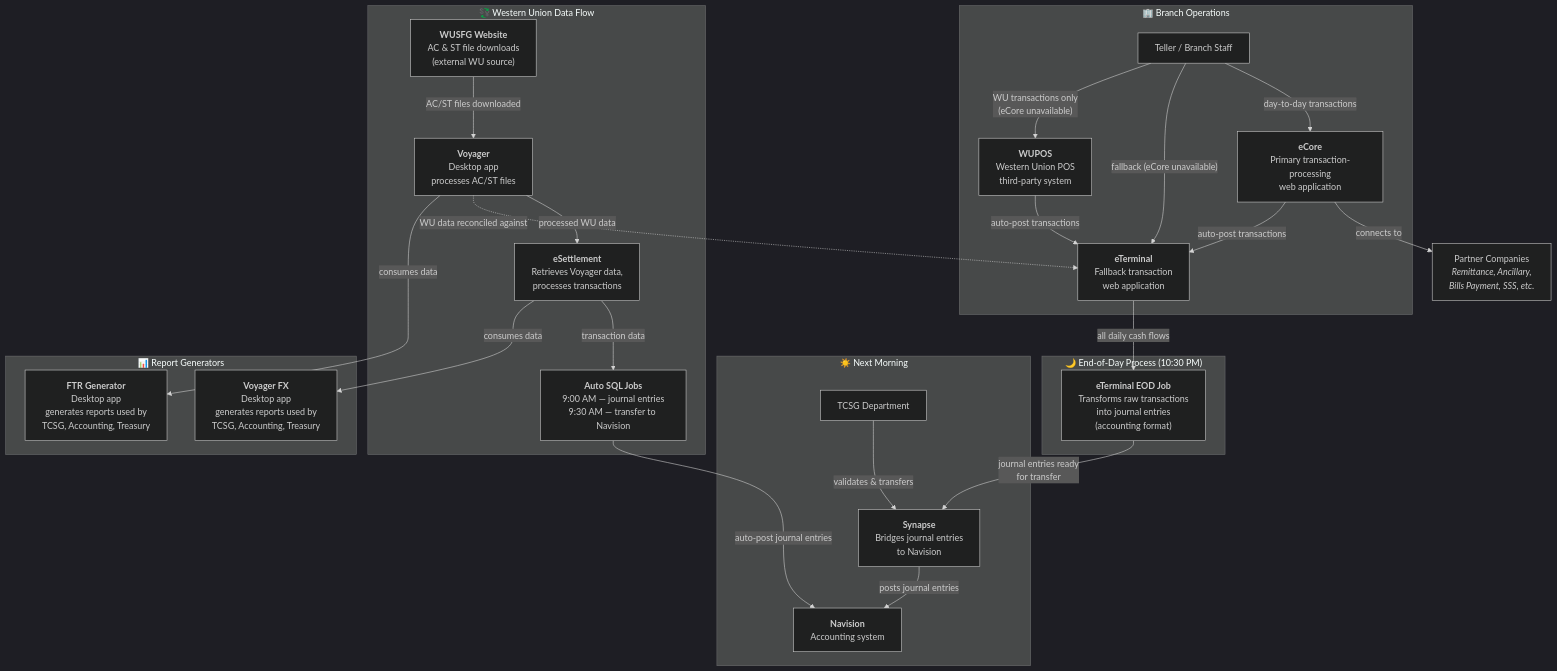
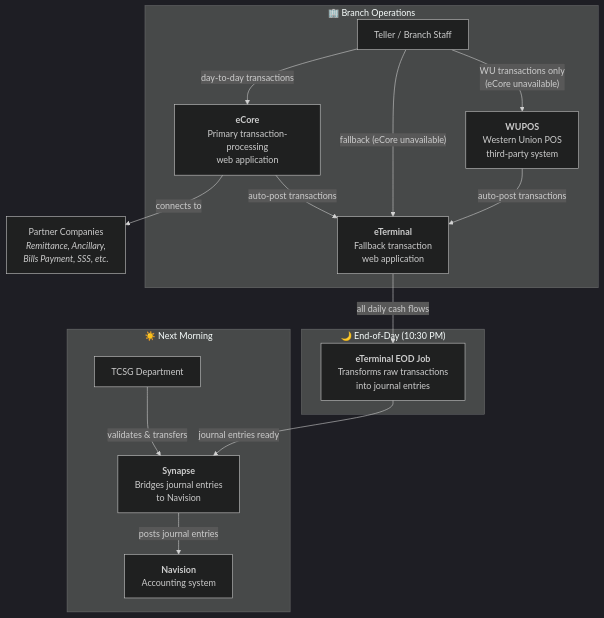
The first of 2 diagrams in docs/handovers/lowie-dave-dichoson/system-architecture.md (lowiedichoson/handover-haven), drawn with Mermaid (dark theme) before and after one commit. The commit also changed other lines of this file and 4 other files, not shown here.

````diff
--- a/docs/handovers/lowie-dave-dichoson/system-architecture.md
+++ b/docs/handovers/lowie-dave-dichoson/system-architecture.md
@@ -7,57 +11,35 @@
 ```mermaid
 graph TD
     subgraph Branch["🏢 Branch Operations"]
         Teller["Teller / Branch Staff"]
         eCore["<b>eCore</b><br/>Primary transaction-processing<br/>web application"]
         eTerminal["<b>eTerminal</b><br/>Fallback transaction<br/>web application"]
         WUPOS["<b>WUPOS</b><br/>Western Union POS<br/>third-party system"]
     end
 
     Partner["Partner Companies<br/><i>Remittance, Ancillary,<br/>Bills Payment, SSS, etc.</i>"]
 
     Teller -->|"day-to-day transactions"| eCore
     Teller -->|"fallback (eCore unavailable)"| eTerminal
     Teller -->|"WU transactions only<br/>(eCore unavailable)"| WUPOS
 
     eCore -->|"connects to"| Partner
     eCore -->|"auto-post transactions"| eTerminal
     WUPOS -->|"auto-post transactions"| eTerminal
 
-    subgraph EOD["🌙 End-of-Day Process (10:30 PM)"]
-        eTerminalEOD["<b>eTerminal EOD Job</b><br/>Transforms raw transactions<br/>into journal entries<br/>(accounting format)"]
+    subgraph EOD["🌙 End-of-Day (10:30 PM)"]
+        eTerminalEOD["<b>eTerminal EOD Job</b><br/>Transforms raw transactions<br/>into journal entries"]
     end
 
     eTerminal -->|"all daily cash flows"| eTerminalEOD
 
-    subgraph NextDay["☀️ Next Morning"]
+    subgraph Morning["☀️ Next Morning"]
         Synapse["<b>Synapse</b><br/>Bridges journal entries<br/>to Navision"]
         TCSG["TCSG Department"]
         Navision["<b>Navision</b><br/>Accounting system"]
     end
 
-    eTerminalEOD -->|"journal entries ready<br/>for transfer"| Synapse
+    eTerminalEOD -->|"journal entries ready"| Synapse
     TCSG -->|"validates & transfers"| Synapse
     Synapse -->|"posts journal entries"| Navision
-
-    subgraph WUFlow["💱 Western Union Data Flow"]
-        WUSFG["<b>WUSFG Website</b><br/>AC & ST file downloads<br/>(external WU source)"]
-        Voyager["<b>Voyager</b><br/>Desktop app<br/>processes AC/ST files"]
-        Esettlement["<b>eSettlement</b><br/>Retrieves Voyager data,<br/>processes transactions"]
-        AutoJob["<b>Auto SQL Jobs</b><br/>9:00 AM — journal entries<br/>9:30 AM — transfer to Navision"]
-    end
-
-    WUSFG -->|"AC/ST files downloaded"| Voyager
-    Voyager -->|"processed WU data"| Esettlement
-    Esettlement -->|"transaction data"| AutoJob
-    AutoJob -->|"auto-post journal entries"| Navision
-
-    Voyager -.->|"WU data reconciled against"| eTerminal
-
-    subgraph Reports["📊 Report Generators"]
-        FTR["<b>FTR Generator</b><br/>Desktop app<br/>generates reports used by<br/>TCSG, Accounting, Treasury"]
-        VoyagerFX["<b>Voyager FX</b><br/>Desktop app<br/>generates reports used by<br/>TCSG, Accounting, Treasury"]
-    end
-
-    Voyager -->|"consumes data"| FTR
-    Esettlement -->|"consumes data"| VoyagerFX
 ```
````
